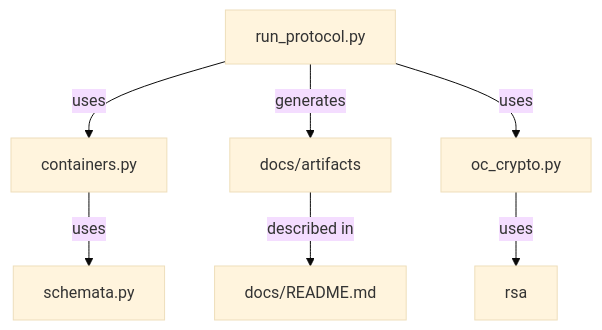
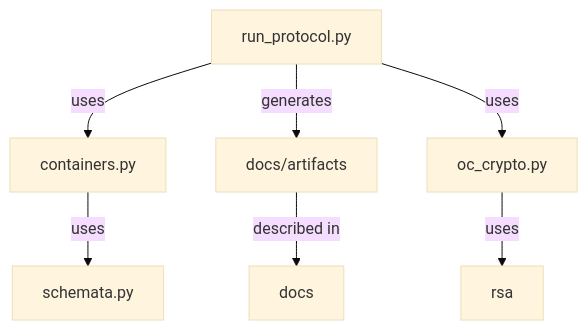
One commit to OpenCoin/opencoin-playground changed the diagram in v4/README.md. Above: the diagram before and after it, drawn with Mermaid (base theme). The commit also changed 6 other files, not shown here.

````diff
--- a/v4/README.md
+++ b/v4/README.md
@@ -9,9 +9,9 @@
 ```mermaid
 flowchart TD
 
 
 run_protocol.py--uses-->containers.py--uses-->schemata.py
 run_protocol.py--generates-->artifacts[docs/artifacts]
 run_protocol.py--uses-->oc_crypto.py--uses-->rsa
-artifacts --described in--> readme[docs/README.md]
+artifacts --described in--> readme[docs]
 ```
````
